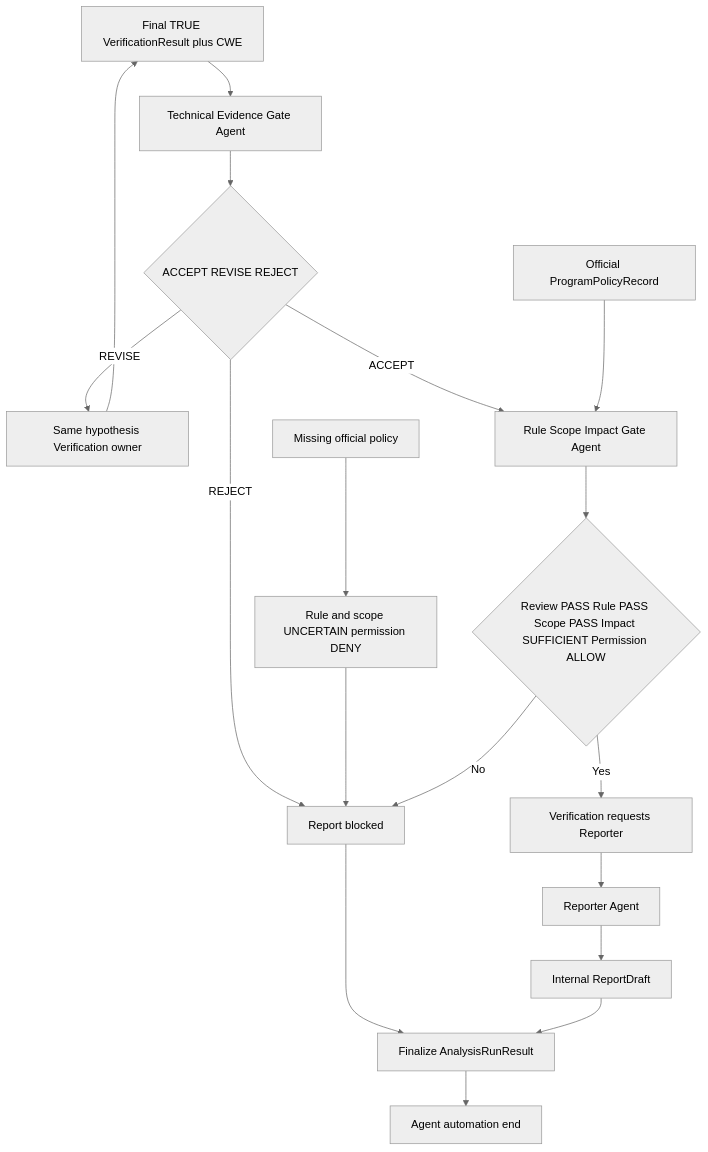
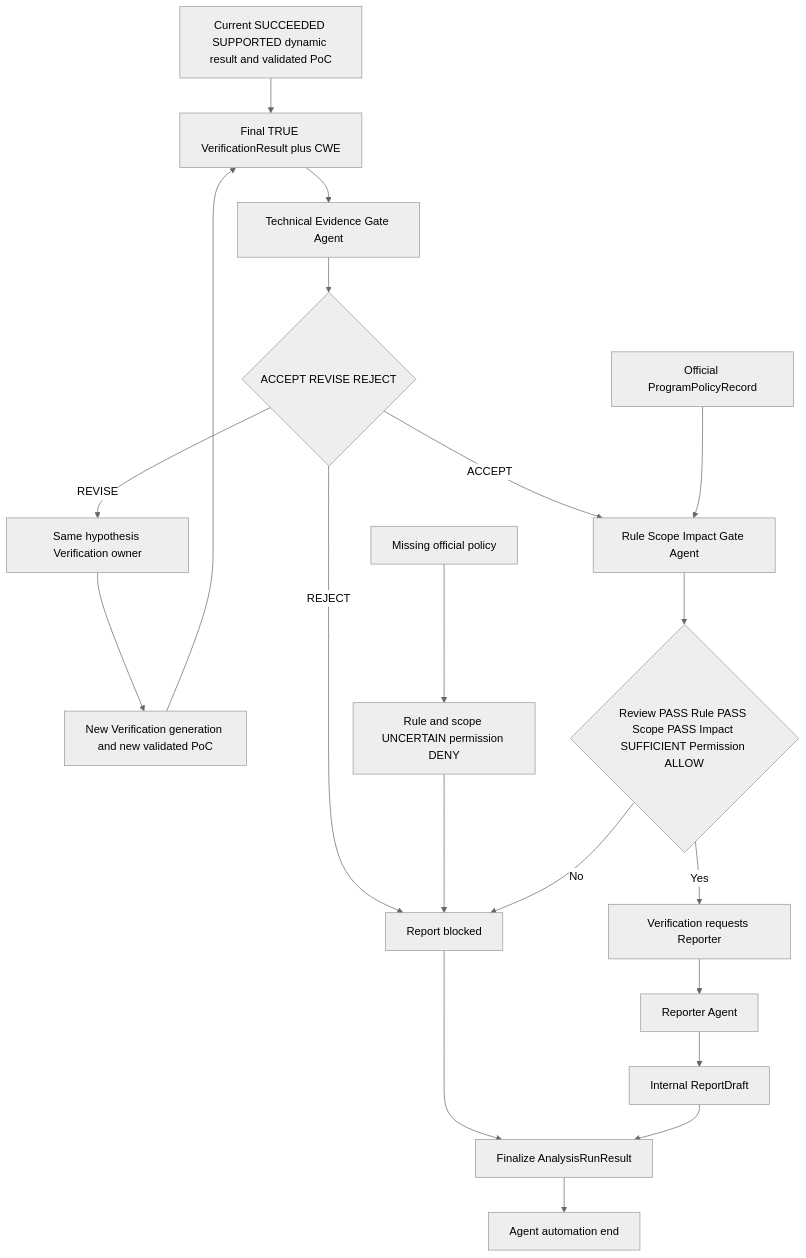
One commit to SASTsimi/sastsimi changed the sixth of 13 diagrams in docs/architecture-v5/13-architecture-diagrams.md. Above: the diagram before and after it, drawn with Mermaid (neutral theme). The commit also changed other lines of this file and 33 other files, not shown here.

Commit message:
docs: require validated PoC for every true verdict

````diff
--- a/docs/architecture-v5/13-architecture-diagrams.md
+++ b/docs/architecture-v5/13-architecture-diagrams.md
@@ -224,20 +231,22 @@
 ```mermaid
 flowchart TB
-    VR[Final TRUE VerificationResult plus CWE] --> TECH[Technical Evidence Gate Agent]
+    DYN[Current SUCCEEDED SUPPORTED dynamic result and validated PoC] --> VR[Final TRUE VerificationResult plus CWE]
+    VR --> TECH[Technical Evidence Gate Agent]
     TECH --> TS{ACCEPT REVISE REJECT}
     TS -->|REVISE| BACK[Same hypothesis Verification owner]
-    BACK --> VR
+    BACK --> NEWGEN[New Verification generation and new validated PoC]
+    NEWGEN --> VR
     TS -->|REJECT| BLOCK[Report blocked]
     TS -->|ACCEPT| RULE[Rule Scope Impact Gate Agent]
     POLICY[Official ProgramPolicyRecord] --> RULE
     NOPOL[Missing official policy] --> UNCERTAIN[Rule and scope UNCERTAIN permission DENY]
     UNCERTAIN --> BLOCK
     RULE --> READY{Review PASS Rule PASS Scope PASS Impact SUFFICIENT Permission ALLOW}
     READY -->|No| BLOCK
     READY -->|Yes| RREQ[Verification requests Reporter]
     RREQ --> REPORTER[Reporter Agent]
     REPORTER --> DRAFT[Internal ReportDraft]
     BLOCK --> FINAL[Finalize AnalysisRunResult]
     DRAFT --> FINAL
     FINAL --> END[Agent automation end]
 ```
````
